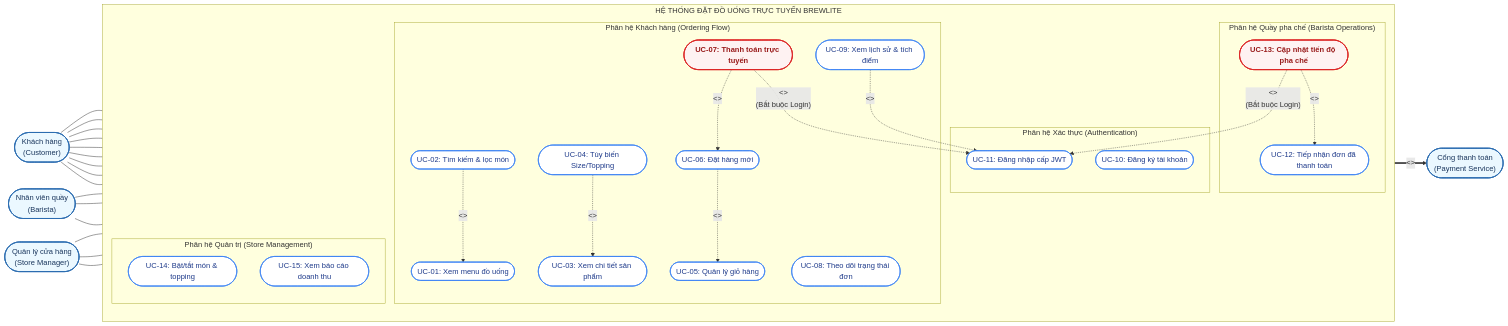
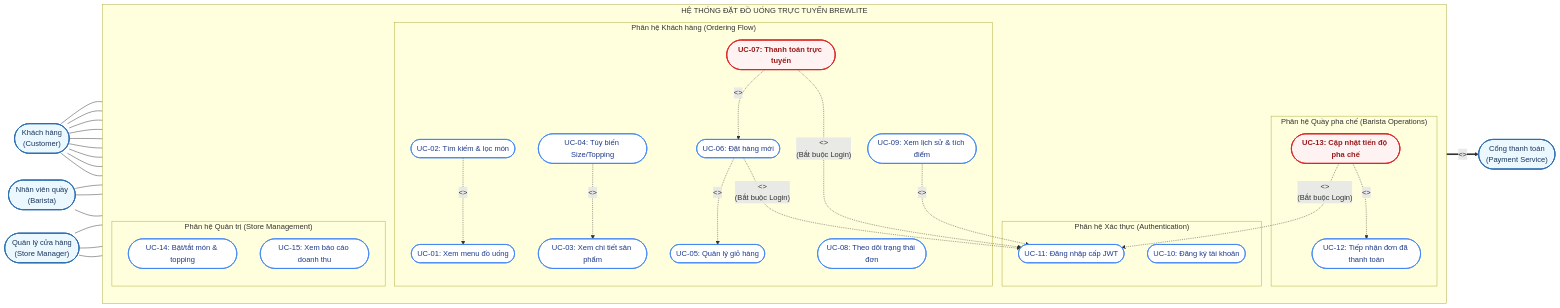
One commit to Phucdang-gif/Assignment2 changed the first of 2 diagrams in docs/requirements/srs.md. Above: the diagram before and after it, drawn with Mermaid. The commit also changed other lines of this file and 5 other files, not shown here.

Commit message:
docs: align SRS, usecase, sequence, architecture and traceability matrix with Task 5.1 implementation

```diff
--- a/docs/requirements/srs.md
+++ b/docs/requirements/srs.md
@@ -68,9 +68,10 @@
         UC07 -. "<<include>>" .-> UC06
         
         %% QUY TẮC ĐĂNG NHẬP:
-        %% UC-05 & UC-06 KHÔNG cần đăng nhập
-        %% UC-07 BẮT BUỘC đăng nhập trước khi thanh toán
+        %% UC-05 (Giỏ hàng cục bộ) KHÔNG cần đăng nhập
+        %% UC-06 (Đặt đơn hàng) & UC-07 (Thanh toán) BẮT BUỘC đăng nhập JWT
         %% UC-13 BẮT BUỘC đăng nhập tài khoản Barista
+        UC06 -. "<<include>>\n(Bắt buộc Login)" .-> UC11
         UC07 -. "<<include>>\n(Bắt buộc Login)" .-> UC11
         UC13 -. "<<include>>\n(Bắt buộc Login)" .-> UC11
         UC09 -. "<<include>>" .-> UC11
```
